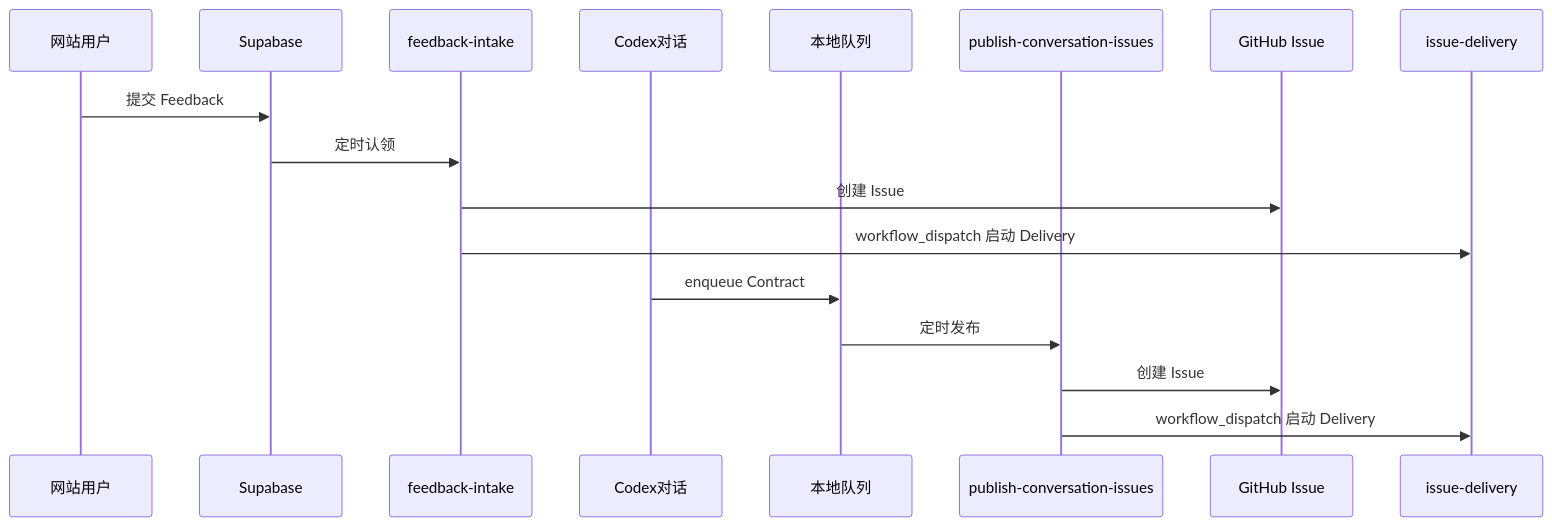
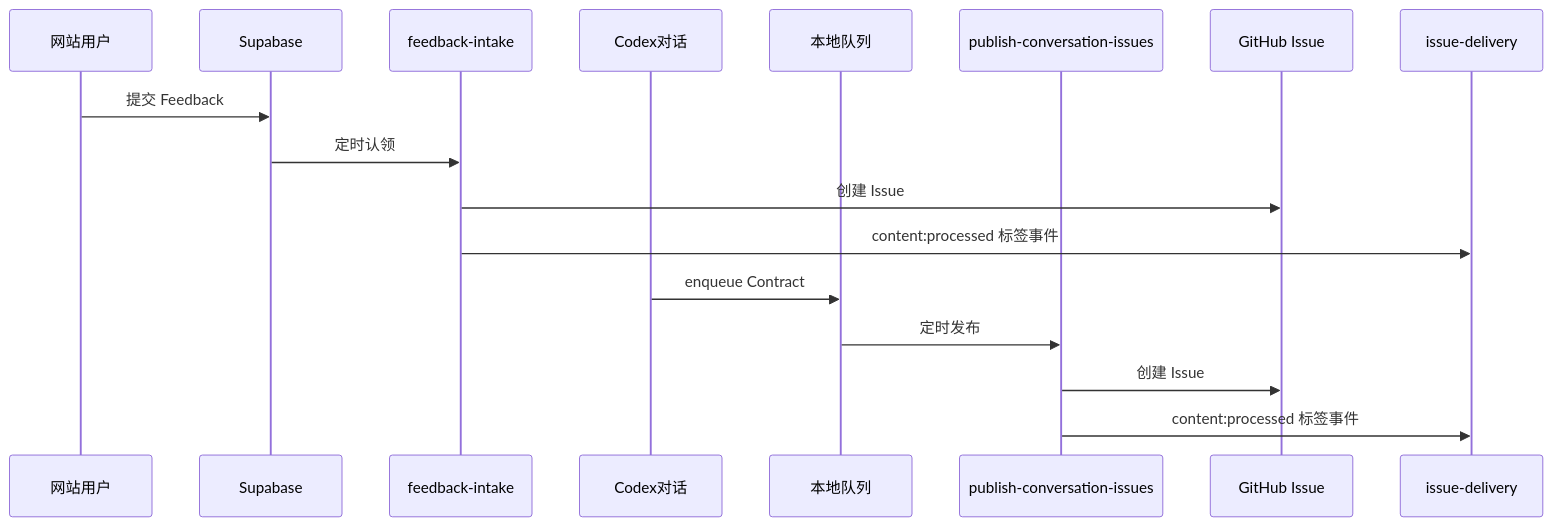
Before and after one commit to liuzhuang/signalpatch: the second of 2 diagrams in .github/workflows/README.md, drawn with Mermaid. The commit also changed other lines of this file and 17 other files, not shown here.

First line of the commit message:
feat(delivery): 用 content:processed 标签事件启动 Issue Delivery

````diff
--- a/.github/workflows/README.md
+++ b/.github/workflows/README.md
@@ -243,21 +243,21 @@
 ```mermaid
 sequenceDiagram
   participant User as 网站用户
   participant SB as Supabase
   participant FI as feedback-intake
   participant Codex as Codex对话
   participant PQ as 本地队列
   participant PC as publish-conversation-issues
   participant GH as GitHub Issue
   participant ID as issue-delivery
 
   User->>SB: 提交 Feedback
   SB->>FI: 定时认领
   FI->>GH: 创建 Issue
-  FI->>ID: workflow_dispatch 启动 Delivery
+  FI->>ID: content:processed 标签事件
 
   Codex->>PQ: enqueue Contract
   PQ->>PC: 定时发布
   PC->>GH: 创建 Issue
-  PC->>ID: workflow_dispatch 启动 Delivery
+  PC->>ID: content:processed 标签事件
 ```
````
